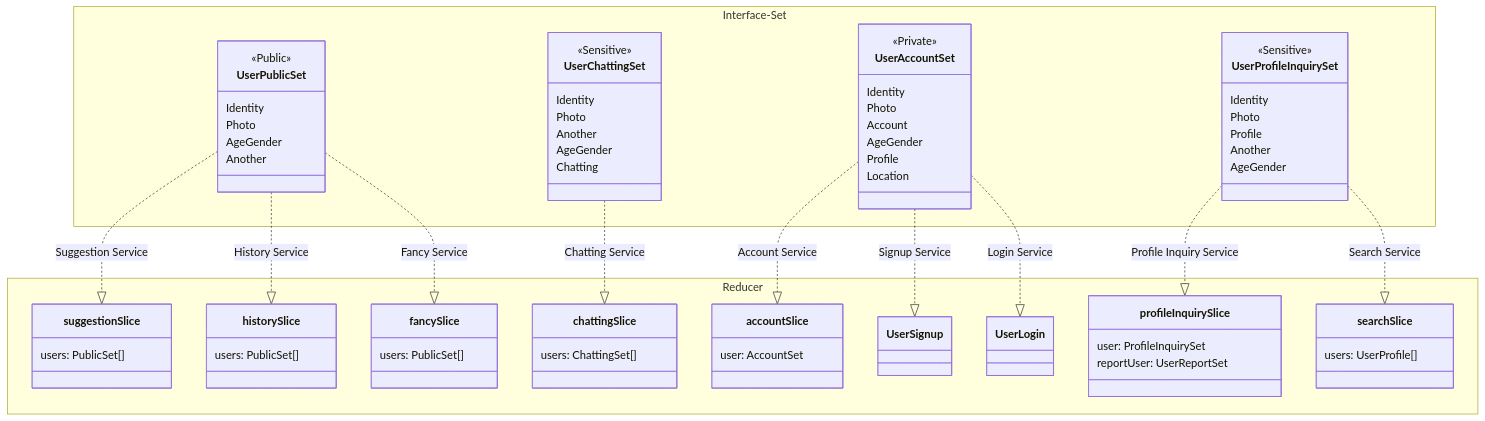
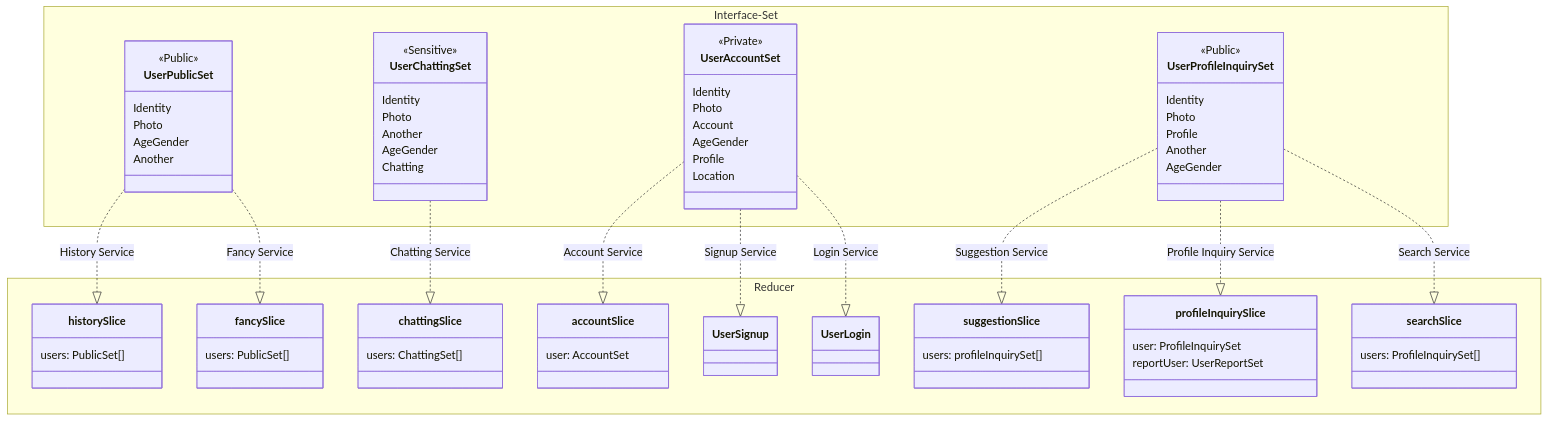
The second of 2 diagrams in app/redux/README.md (42Seoul-Tea42/frontend), drawn with Mermaid before and after one commit. The commit also changed 2 other files, not shown here.

Commit message:
fix 유저 추천 서비스와 서치 서비스에서 User의 데이터를 조회 셋으로 변경
sortable과 fileterable에 필요한 요소인 fame 과 interest가 조회셋에 있어서 이를 사용하도록 변경

```diff
--- a/app/redux/README.md
+++ b/app/redux/README.md
@@ -166,7 +166,7 @@
     }
 
     class UserProfileInquirySet {
-        <<Sensitive>>
+        <<Public>>
         Identity
         Photo
         Profile
@@ -175,20 +175,20 @@
     }
 }
 
-UserPublicSet ..|> suggestionSlice : Suggestion Service
 UserPublicSet ..|> historySlice : History Service
 UserPublicSet ..|> fancySlice : Fancy Service
 UserChattingSet ..|> chattingSlice : Chatting Service
 UserAccountSet ..|> accountSlice : Account Service
 UserAccountSet ..|> UserSignup: Signup Service
 UserAccountSet ..|> UserLogin: Login Service
+UserProfileInquirySet ..|> suggestionSlice : Suggestion Service
 UserProfileInquirySet ..|> profileInquirySlice : Profile Inquiry Service
 UserProfileInquirySet ..|> searchSlice : Search Service
 
 namespace Reducer {
 
     class suggestionSlice {
-        users: PublicSet[]
+        users: profileInquirySet[]
     }
 
     class fancySlice {
@@ -209,7 +209,7 @@
     }
 
     class searchSlice {
-        users: UserProfile[]
+        users: ProfileInquirySet[]
     }
 
     class accountSlice {
```
